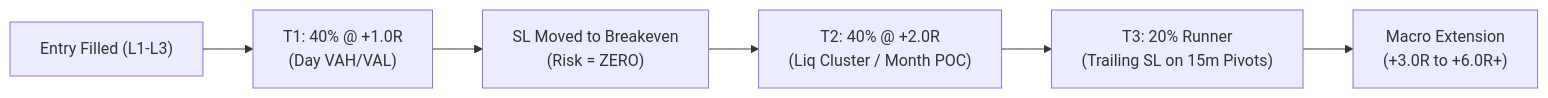
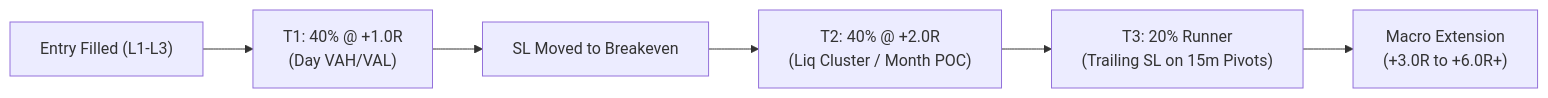
The diagram in desk/CANONICAL_MASTER_SPECIFICATION.md (gabru1399/cg-terminal), drawn with Mermaid before and after one commit. The commit also changed other lines of this file and 1 other file, not shown here.

````diff
--- a/desk/CANONICAL_MASTER_SPECIFICATION.md
+++ b/desk/CANONICAL_MASTER_SPECIFICATION.md
@@ -1329,8 +1138,8 @@
 ```mermaid
 flowchart LR
     Entry["Entry Filled (L1-L3)"] --> T1["T1: 40% @ +1.0R<br/>(Day VAH/VAL)"]
-    T1 --> BE["SL Moved to Breakeven<br/>(Risk = ZERO)"]
+    T1 --> BE["SL Moved to Breakeven"]
     BE --> T2["T2: 40% @ +2.0R<br/>(Liq Cluster / Month POC)"]
     T2 --> T3["T3: 20% Runner<br/>(Trailing SL on 15m Pivots)"]
     T3 --> Moon["Macro Extension<br/>(+3.0R to +6.0R+)"]
 ```
````
